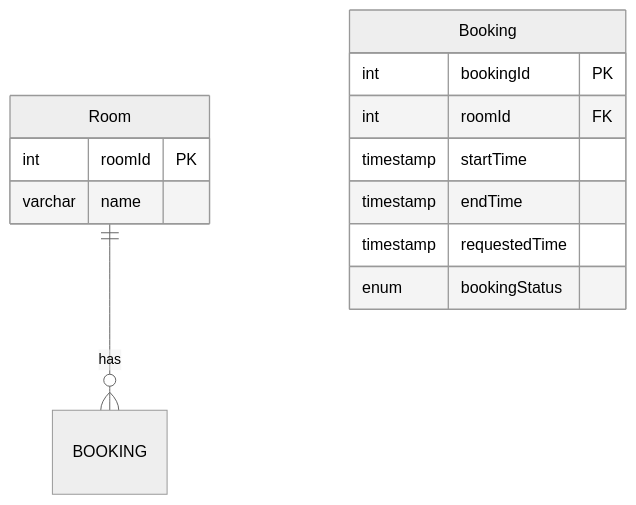
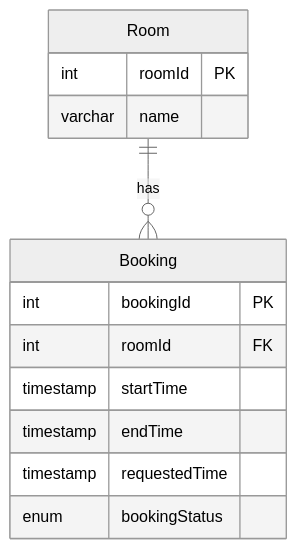
One commit to kitmak72/room-booking-system changed the diagram in README.md. Above: the diagram before and after it, drawn with Mermaid (neutral theme).

````diff
--- a/README.md
+++ b/README.md
@@ -27,16 +27,16 @@
 ```mermaid
 erDiagram
     Room {
         int roomId PK
         varchar name
     }
     Booking {
         int bookingId PK
         int roomId FK
         timestamp startTime
         timestamp endTime
         timestamp requestedTime
         enum bookingStatus
     }
-    Room ||--o{ BOOKING : has
+    Room ||--o{ Booking : has
 ```
````
